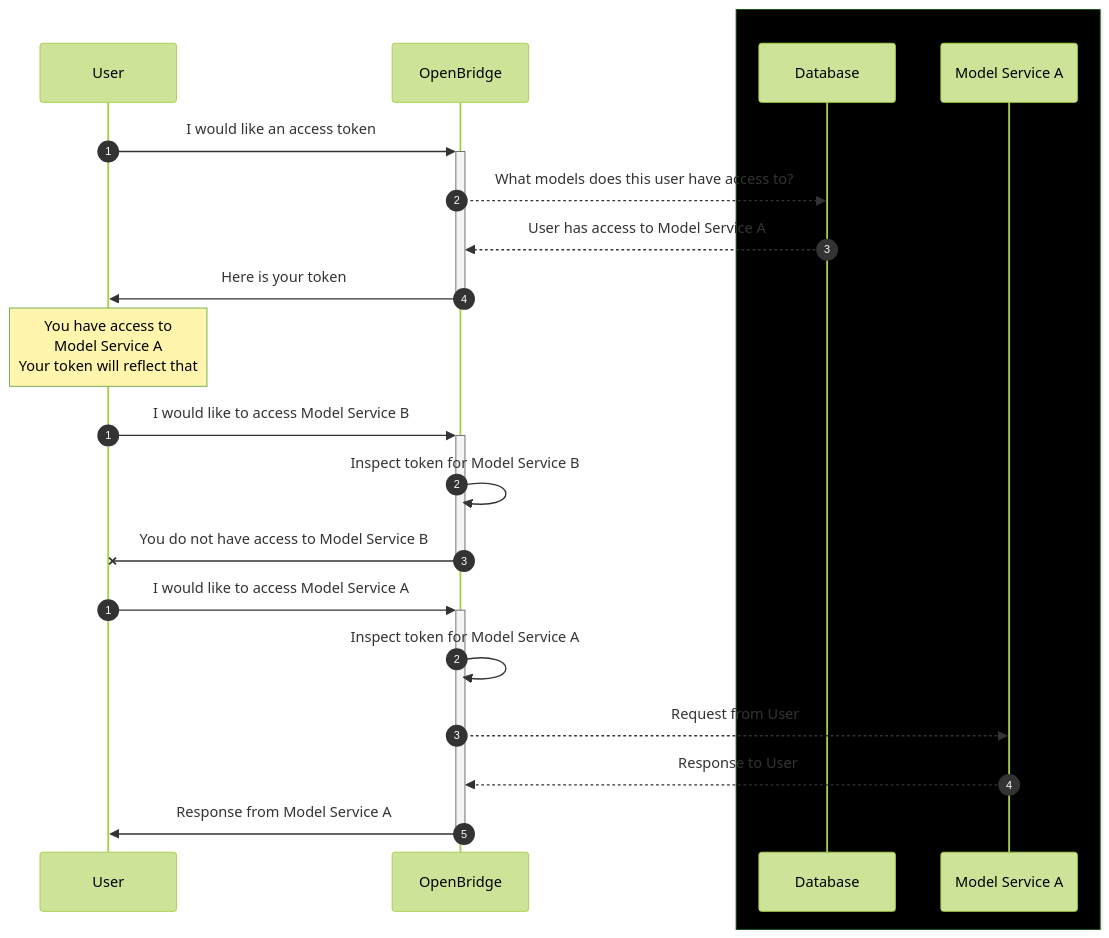
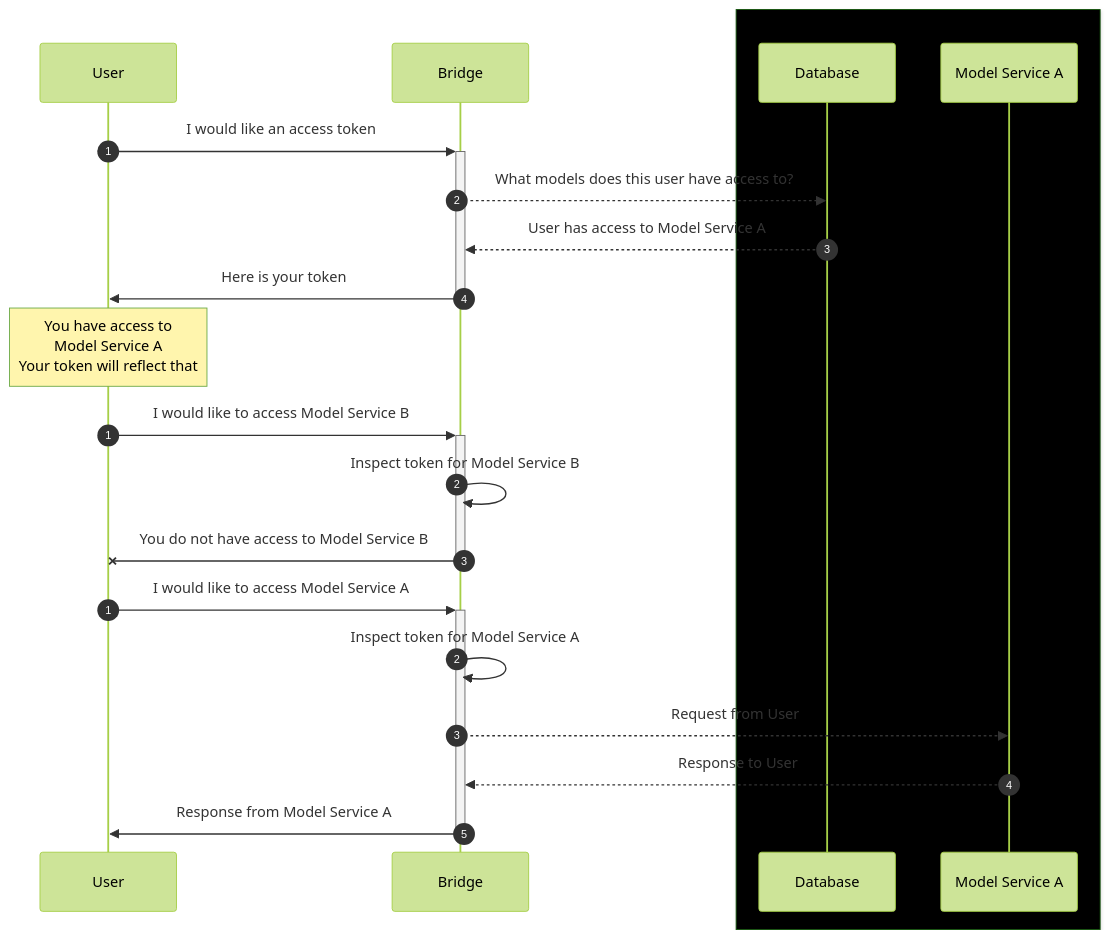
One commit to acceleratedscience/bridge changed the third of 3 diagrams in doc/runbook.md. Above: the diagram before and after it, drawn with Mermaid (forest theme). The commit also changed other lines of this file and 4 other files, not shown here.

````diff
--- a/doc/runbook.md
+++ b/doc/runbook.md
@@ -44,26 +89,26 @@
 ```mermaid
 sequenceDiagram
 	autonumber
-	User ->>+ OpenBridge: I would like an access token
-	OpenBridge -->> Database: What models does this user have access to?
-	Database -->> OpenBridge: User has access to Model Service A
-	OpenBridge ->>- User: Here is your token
+	User ->>+ Bridge: I would like an access token
+	Bridge -->> Database: What models does this user have access to?
+	Database -->> Bridge: User has access to Model Service A
+	Bridge ->>- User: Here is your token
 	Note over User: You have access to<br>Model Service A<br>Your token will reflect that
 
 	autonumber 1
-	User ->>+ OpenBridge: I would like to access Model Service B
-	OpenBridge ->> OpenBridge: Inspect token for Model Service B
-	OpenBridge -x- User: You do not have access to Model Service B
+	User ->>+ Bridge: I would like to access Model Service B
+	Bridge ->> Bridge: Inspect token for Model Service B
+	Bridge -x- User: You do not have access to Model Service B
 
 	box Black Not Internet Facing
 	participant Database
 	participant Model Service A
 	end
 
 	autonumber 1
-	User ->>+ OpenBridge: I would like to access Model Service A
-	OpenBridge ->> OpenBridge: Inspect token for Model Service A
-	OpenBridge -->> Model Service A: Request from User
-	Model Service A -->> OpenBridge: Response to User
-	OpenBridge ->>- User: Response from Model Service A
+	User ->>+ Bridge: I would like to access Model Service A
+	Bridge ->> Bridge: Inspect token for Model Service A
+	Bridge -->> Model Service A: Request from User
+	Model Service A -->> Bridge: Response to User
+	Bridge ->>- User: Response from Model Service A
 ```
````
